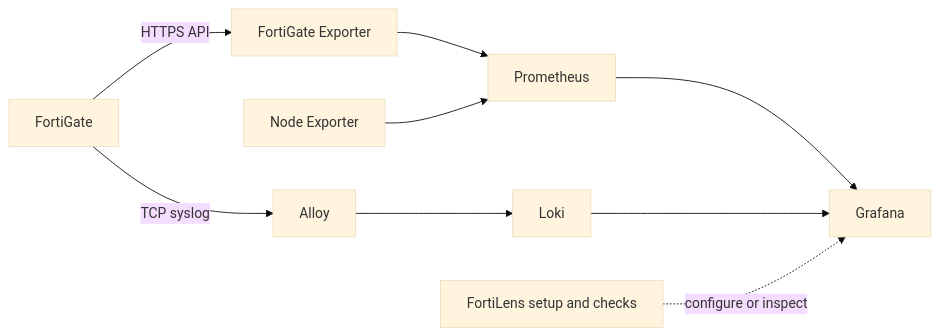
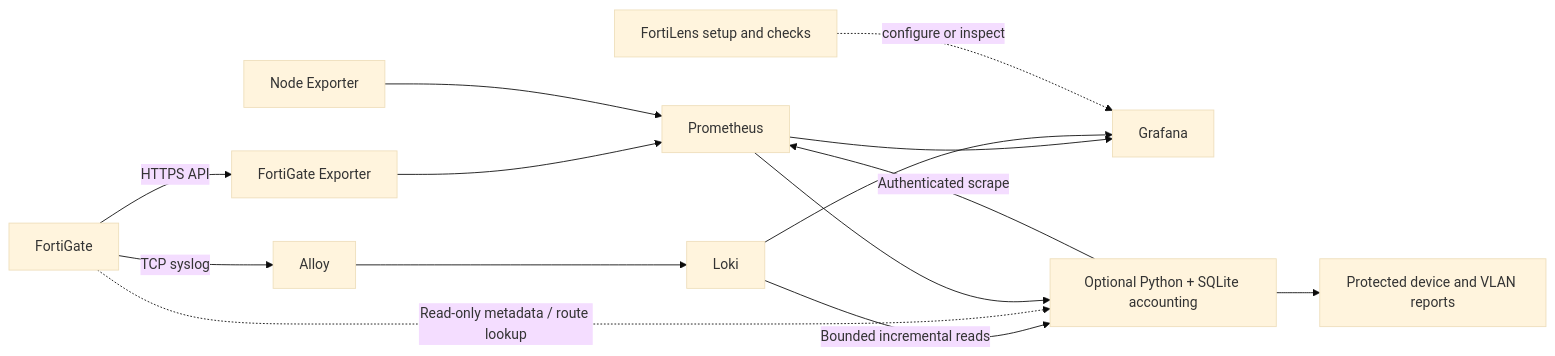
Before and after one commit to Rafattitas/fortilens: the diagram in README.md, drawn with Mermaid (base theme). The commit also changed other lines of this file and 45 other files, not shown here.

First line of the commit message:
Release received-log accounting, VLAN reports and WAN evidence (#1)

````diff
--- a/README.md
+++ b/README.md
@@ -97,11 +103,16 @@
 ```mermaid
 flowchart LR
   FG[FortiGate] -->|HTTPS API| EX[FortiGate Exporter]
   EX --> PR[Prometheus]
   FG -->|TCP syslog| AL[Alloy]
   AL --> LO[Loki]
   NE[Node Exporter] --> PR
   PR --> GR[Grafana]
   LO --> GR
+  LO -->|Bounded incremental reads| US[Optional Python + SQLite accounting]
+  FG -. Read-only metadata / route lookup .-> US
+  PR --> US
+  US --> RP[Protected device and VLAN reports]
+  US -->|Authenticated scrape| PR
   CLI[FortiLens setup and checks] -. configure or inspect .-> GR
 ```
````
